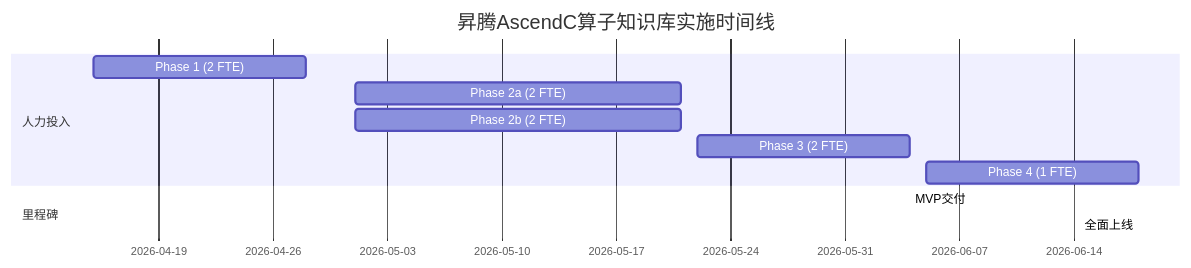
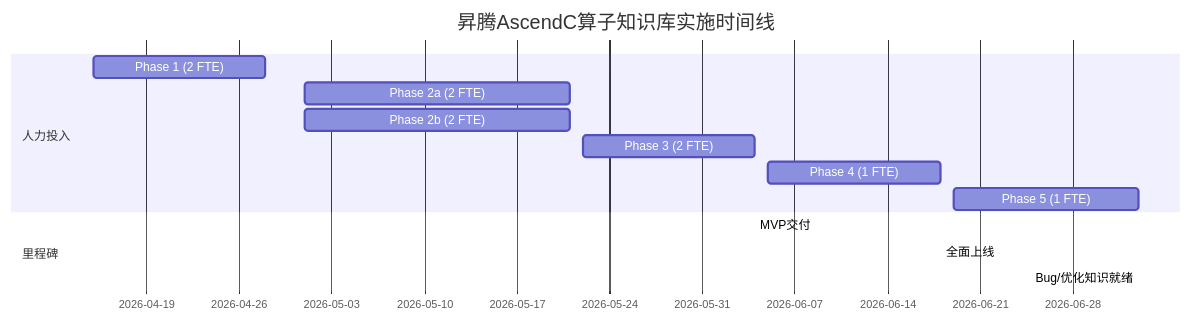
Before and after one commit to SimmerChan/asc_ops: the second of 2 diagrams in docs/roadmap/2026-04-09-ascendc-knowledge-base-implementation-roadmap.md, drawn with Mermaid. The commit also changed other lines of this file and 1 other file, not shown here.

````diff
--- a/docs/roadmap/2026-04-09-ascendc-knowledge-base-implementation-roadmap.md
+++ b/docs/roadmap/2026-04-09-ascendc-knowledge-base-implementation-roadmap.md
@@ -467,14 +524,16 @@
 ```mermaid
 gantt
     title 昇腾AscendC算子知识库实施时间线
     dateFormat  YYYY-MM-DD
     section 人力投入
     Phase 1 (2 FTE)    :2026-04-15, 2026-04-28
     Phase 2a (2 FTE)   :2026-05-01, 2026-05-21
     Phase 2b (2 FTE)   :2026-05-01, 2026-05-21
     Phase 3 (2 FTE)    :2026-05-22, 2026-06-04
     Phase 4 (1 FTE)    :2026-06-05, 2026-06-18
+    Phase 5 (1 FTE)    :2026-06-19, 2026-07-03
     section 里程碑
     MVP交付    :milestone1, 2026-06-04, 0d
     全面上线    :milestone2, 2026-06-18, 0d
+    Bug/优化知识就绪 :milestone3, 2026-07-03, 0d
 ```
````
